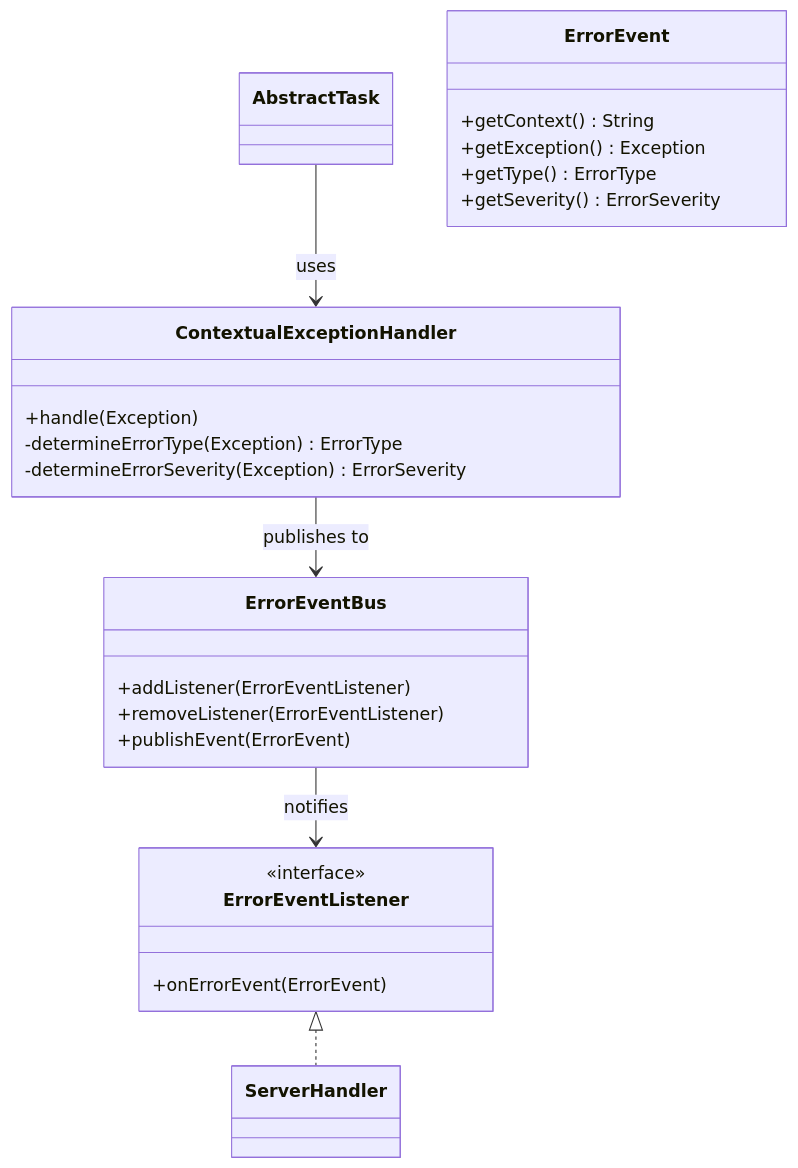
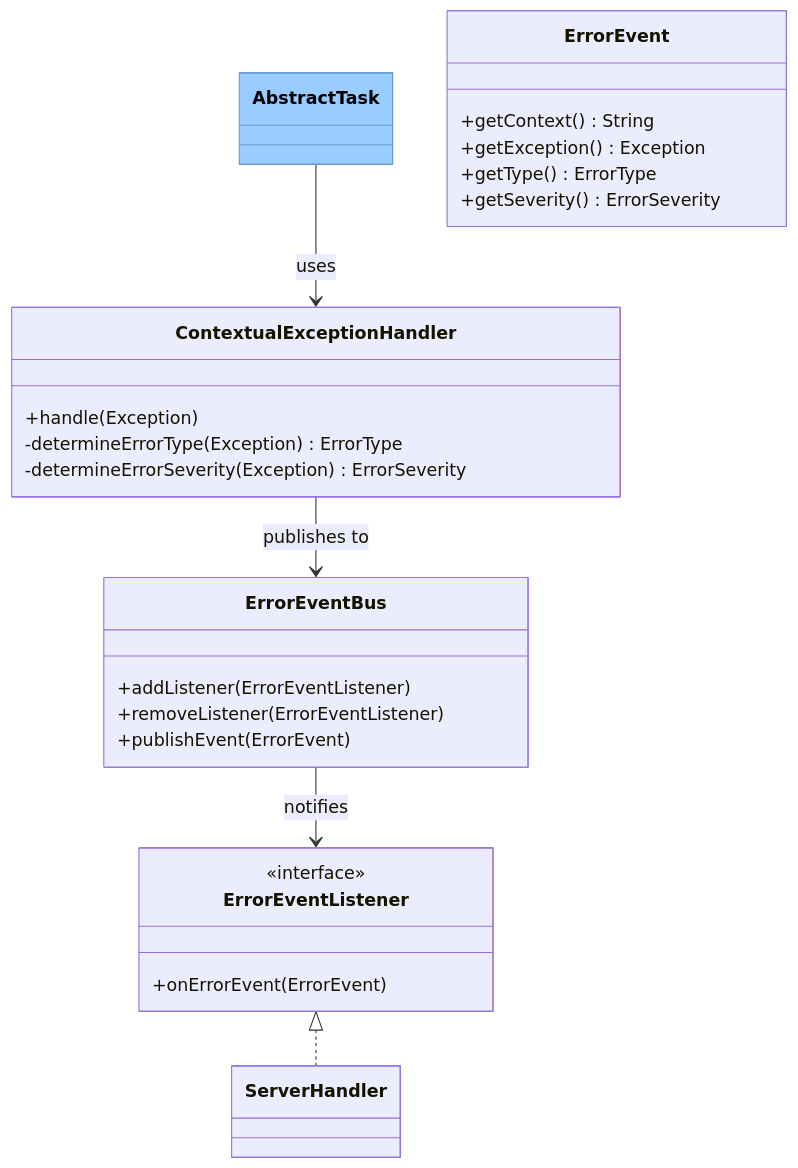
One commit to openhab/openhab-addons changed the diagram in bundles/org.openhab.binding.jellyfin/docs/architecture/error-handling.md. Above: the diagram before and after it, drawn with Mermaid. The commit also changed 5 other files, not shown here.

````diff
--- a/bundles/org.openhab.binding.jellyfin/docs/architecture/error-handling.md
+++ b/bundles/org.openhab.binding.jellyfin/docs/architecture/error-handling.md
@@ -5,36 +5,35 @@
 ```mermaid
 classDiagram
     %% Error handling (Observer pattern)
     AbstractTask --> ContextualExceptionHandler : uses
     ContextualExceptionHandler --> ErrorEventBus : publishes to
     ErrorEventBus --> ErrorEventListener : notifies
     ErrorEventListener <|.. ServerHandler
 
     class ContextualExceptionHandler {
         +handle(Exception)
         -determineErrorType(Exception) ErrorType
         -determineErrorSeverity(Exception) ErrorSeverity
     }
 
     class ErrorEventBus {
         +addListener(ErrorEventListener)
         +removeListener(ErrorEventListener)
         +publishEvent(ErrorEvent)
     }
 
     class ErrorEventListener {
         <<interface>>
         +onErrorEvent(ErrorEvent)
     }
 
     class ErrorEvent {
         +getContext() String
         +getException() Exception
         +getType() ErrorType
         +getSeverity() ErrorSeverity
     }
 
     %% Color scheme for external libraries
-    classDef jettyWebSocket fill:#99ccff,stroke:#6699cc,color:#000
-    cssClass "AbstractTask" jettyWebSocket
+    style AbstractTask fill:#99ccff,stroke:#6699cc,color:#000
 ```
````
